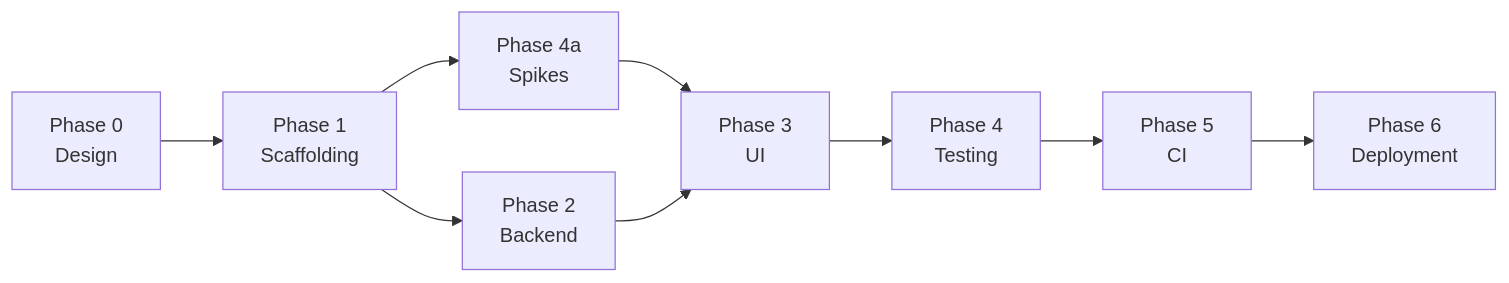
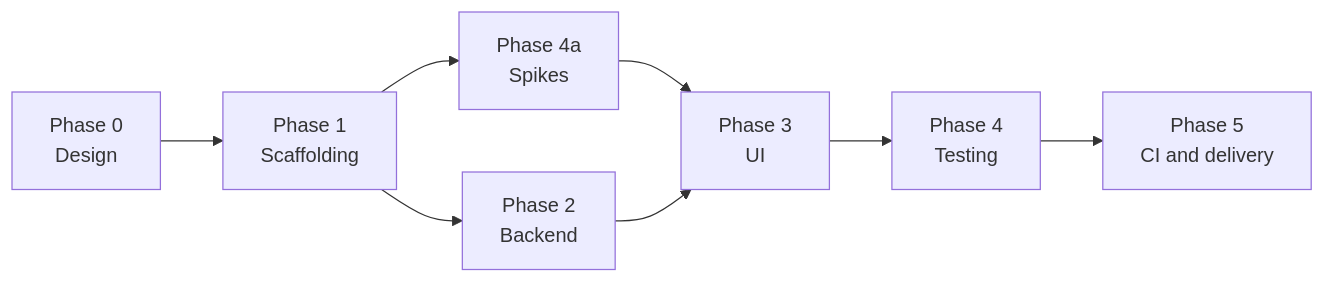
Before and after one commit to Av1ation-Association/Av1ation-Station: the diagram in docs/plan/00-overview.md, drawn with Mermaid. The commit also changed other lines of this file and 283 other files, not shown here.

Commit message:
feat: add Phase 5 CI and delivery tooling

````diff
--- a/docs/plan/00-overview.md
+++ b/docs/plan/00-overview.md
@@ -10,11 +10,10 @@
 ```mermaid
 flowchart LR
     P0["Phase 0<br/>Design"] --> P1["Phase 1<br/>Scaffolding"]
     P1 --> P2["Phase 2<br/>Backend"]
     P1 --> P4a["Phase 4a<br/>Spikes"]
     P4a --> P3["Phase 3<br/>UI"]
     P2 --> P3
     P3 --> P4["Phase 4<br/>Testing"]
-    P4 --> P5["Phase 5<br/>CI"]
-    P5 --> P6["Phase 6<br/>Deployment"]
+    P4 --> P5["Phase 5<br/>CI and delivery"]
 ```
````
